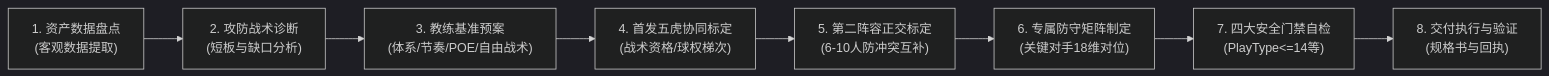
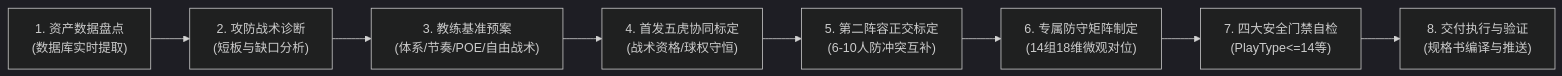
One commit to chris2gao/Cybernetic_City_State_OS_v2---nba2k22 changed the fifth of 5 diagrams in 08_Domain_Applications/Antigravity_GM_Engine/docs/49_NBA2K22_TACTICAL_SYSTEM_AND_GAME_THEORETIC_TUNING_STANDARD.md. Above: the diagram before and after it, drawn with Mermaid (dark theme). The commit also changed other lines of this file, not shown here.

````diff
--- a/08_Domain_Applications/Antigravity_GM_Engine/docs/49_NBA2K22_TACTICAL_SYSTEM_AND_GAME_THEORETIC_TUNING_STANDARD.md
+++ b/08_Domain_Applications/Antigravity_GM_Engine/docs/49_NBA2K22_TACTICAL_SYSTEM_AND_GAME_THEORETIC_TUNING_STANDARD.md
@@ -542,10 +632,10 @@
 ```mermaid
 flowchart LR
-    S1["1. 资产数据盘点<br>(客观数据提取)"] --> S2["2. 攻防战术诊断<br>(短板与缺口分析)"]
+    S1["1. 资产数据盘点<br>(数据库实时提取)"] --> S2["2. 攻防战术诊断<br>(短板与缺口分析)"]
     S2 --> S3["3. 教练基准预案<br>(体系/节奏/POE/自由战术)"]
-    S3 --> S4["4. 首发五虎协同标定<br>(战术资格/球权梯次)"]
+    S3 --> S4["4. 首发五虎协同标定<br>(战术资格/球权守恒)"]
     S4 --> S5["5. 第二阵容正交标定<br>(6-10人防冲突互补)"]
-    S5 --> S6["6. 专属防守矩阵制定<br>(关键对手18维对位)"]
+    S5 --> S6["6. 专属防守矩阵制定<br>(14组18维微观对位)"]
     S6 --> S7["7. 四大安全门禁自检<br>(PlayType<=14等)"]
-    S7 --> S8["8. 交付执行与验证<br>(规格书与回执)"]
+    S7 --> S8["8. 交付执行与验证<br>(规格书编译与推送)"]
 ```
````
